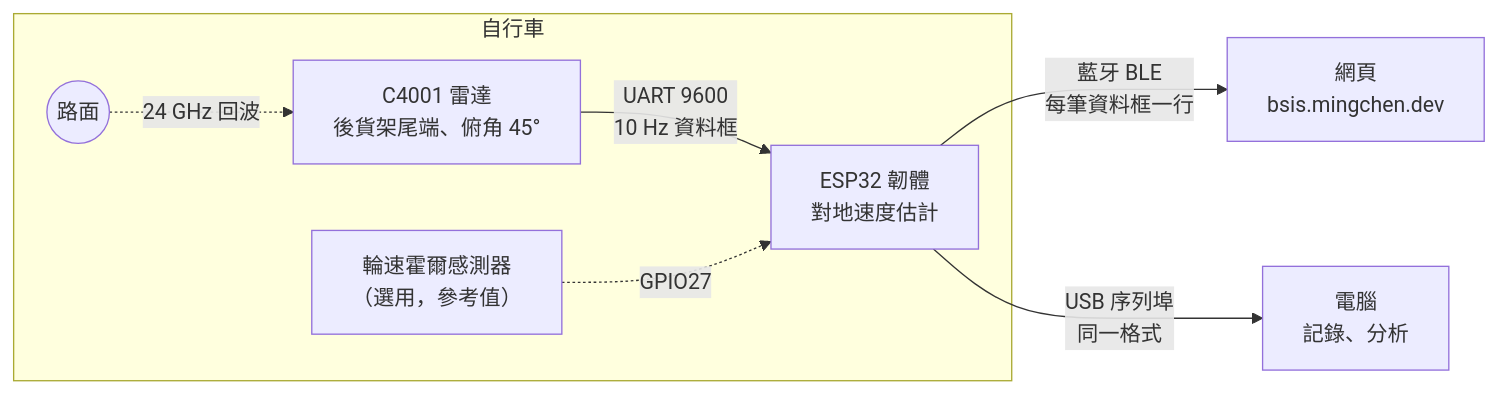
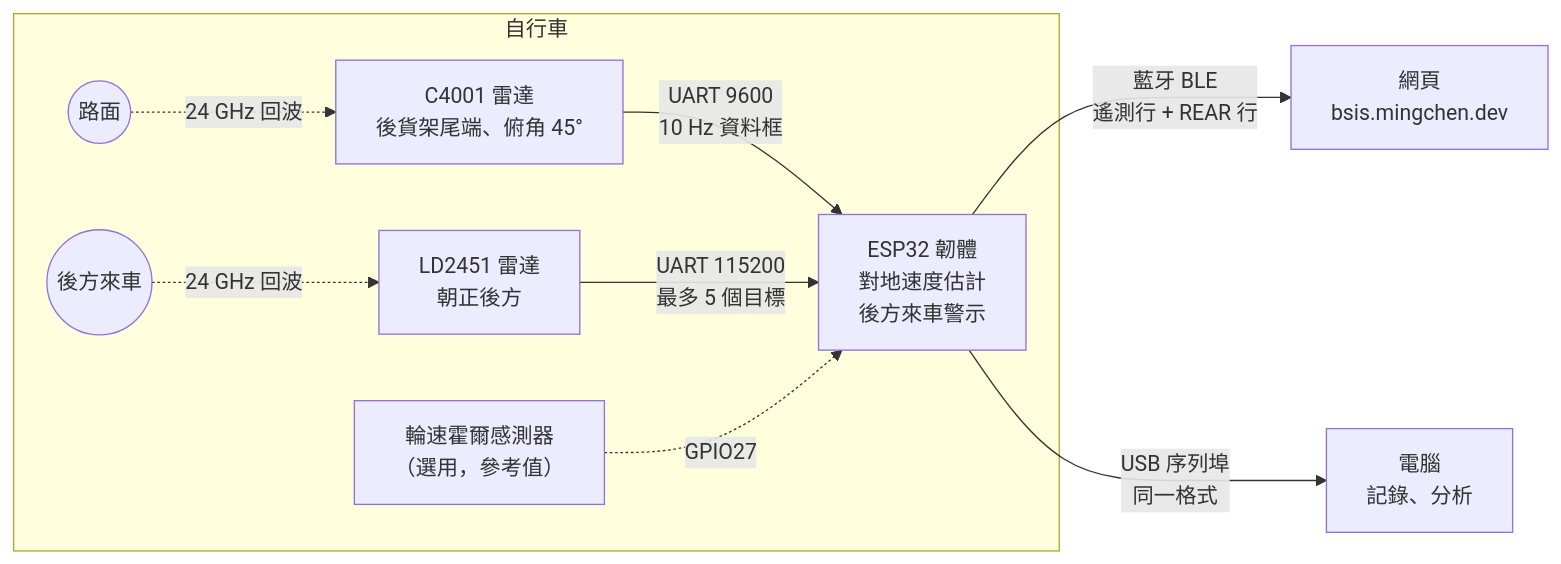
One commit to Ming874/bsis-radar changed the diagram in README.md. Above: the diagram before and after it, drawn with Mermaid. The commit also changed other lines of this file and 83 other files, not shown here.

````diff
--- a/README.md
+++ b/README.md
@@ -41,10 +45,12 @@
 ```mermaid
 flowchart LR
   subgraph 自行車
     G(("路面")) -. "24 GHz 回波" .-> A["C4001 雷達<br/>後貨架尾端、俯角 45°"]
-    A -- "UART 9600<br/>10 Hz 資料框" --> E["ESP32 韌體<br/>對地速度估計"]
+    A -- "UART 9600<br/>10 Hz 資料框" --> E["ESP32 韌體<br/>對地速度估計<br/>後方來車警示"]
+    C(("後方來車")) -. "24 GHz 回波" .-> B["LD2451 雷達<br/>朝正後方"]
+    B -- "UART 115200<br/>最多 5 個目標" --> E
     H["輪速霍爾感測器<br/>（選用，參考值）"] -. "GPIO27" .-> E
   end
-  E -- "藍牙 BLE<br/>每筆資料框一行" --> W["網頁<br/>bsis.mingchen.dev"]
+  E -- "藍牙 BLE<br/>遙測行 + REAR 行" --> W["網頁<br/>bsis.mingchen.dev"]
   E -- "USB 序列埠<br/>同一格式" --> P["電腦<br/>記錄、分析"]
 ```
````
